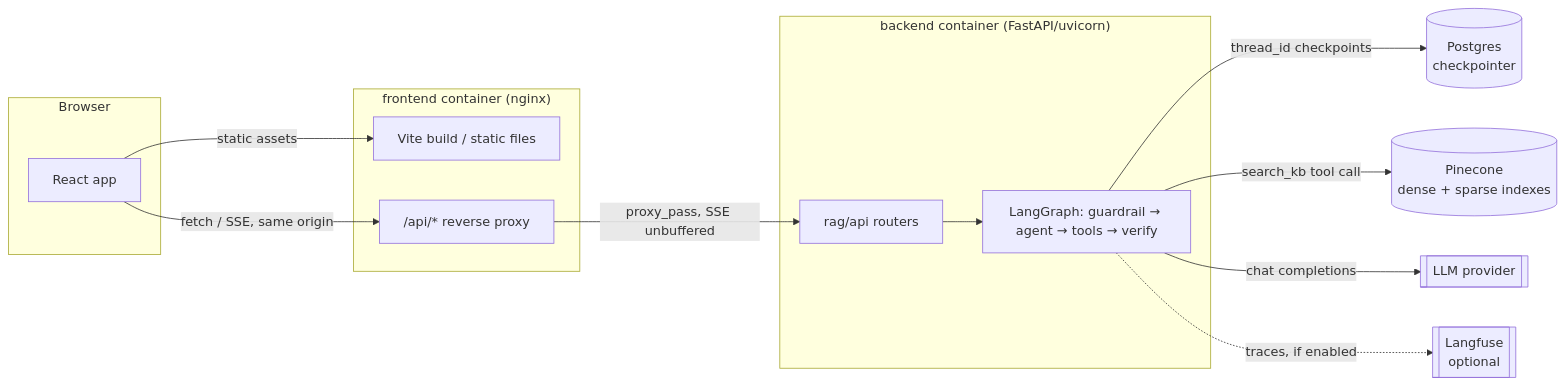
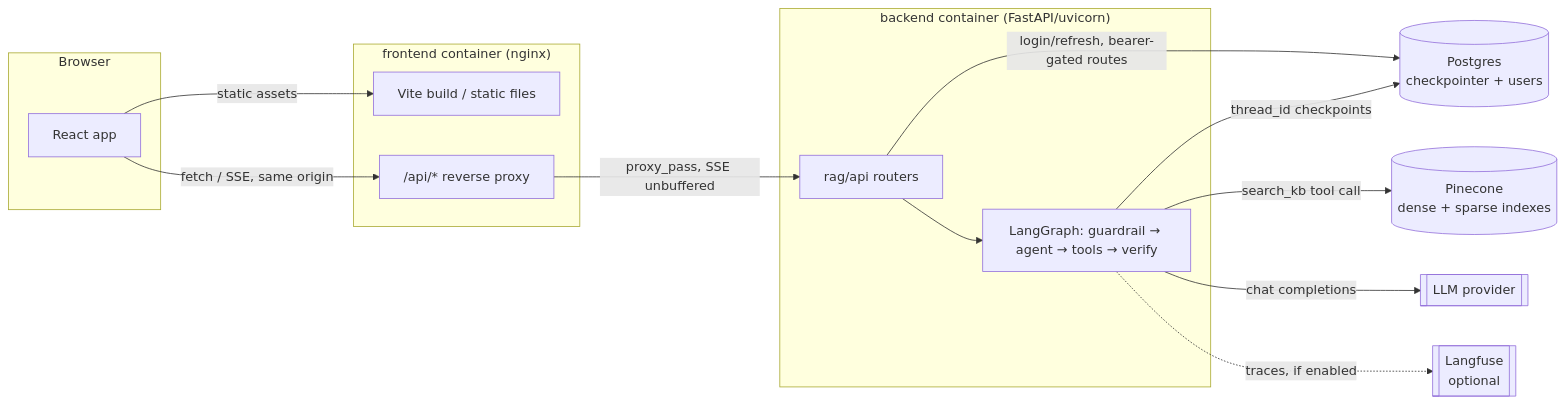
One commit to hadifar/rag changed the first of 5 diagrams in docs/architecture.md. Above: the diagram before and after it, drawn with Mermaid. The commit also changed other lines of this file and 12 other files, not shown here.

````diff
--- a/docs/architecture.md
+++ b/docs/architecture.md
@@ -9,30 +9,31 @@
 ```mermaid
 graph LR
     subgraph browser[Browser]
         ui[React app]
     end
 
     subgraph frontendc["frontend container (nginx)"]
         static[Vite build / static files]
         proxy["/api/* reverse proxy"]
     end
 
     subgraph backendc["backend container (FastAPI/uvicorn)"]
         api[rag/api routers]
         langgraph["LangGraph: guardrail → agent → tools → verify"]
     end
 
-    postgres[(Postgres<br/>checkpointer)]
+    postgres[(Postgres<br/>checkpointer + users)]
     pinecone[(Pinecone<br/>dense + sparse indexes)]
     llm[[LLM provider]]
     langfuse[[Langfuse<br/>optional]]
 
     ui -->|static assets| static
     ui -->|"fetch / SSE, same origin"| proxy
     proxy -->|"proxy_pass, SSE unbuffered"| api
+    api -->|"login/refresh, bearer-gated routes"| postgres
     api --> langgraph
     langgraph -->|thread_id checkpoints| postgres
     langgraph -->|search_kb tool call| pinecone
     langgraph -->|chat completions| llm
     langgraph -.->|traces, if enabled| langfuse
 ```
````
